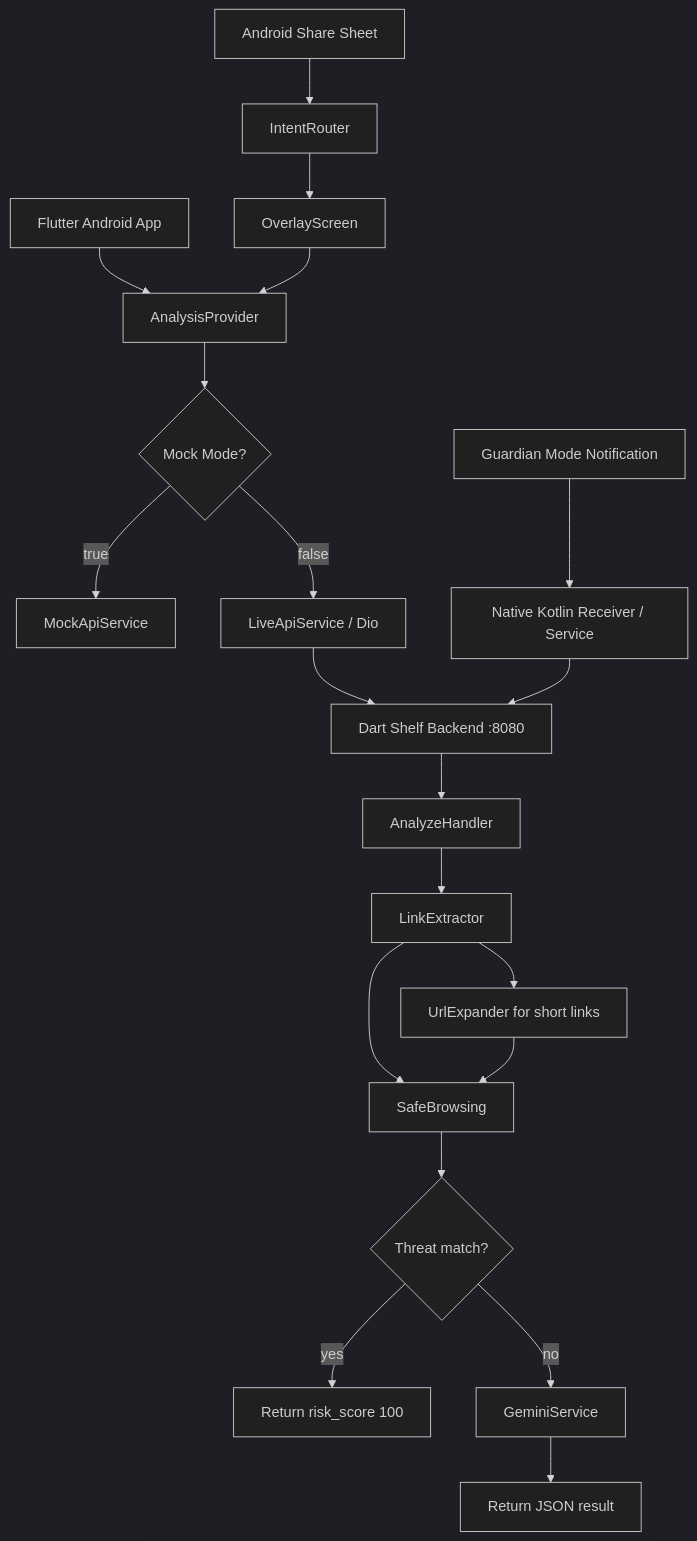
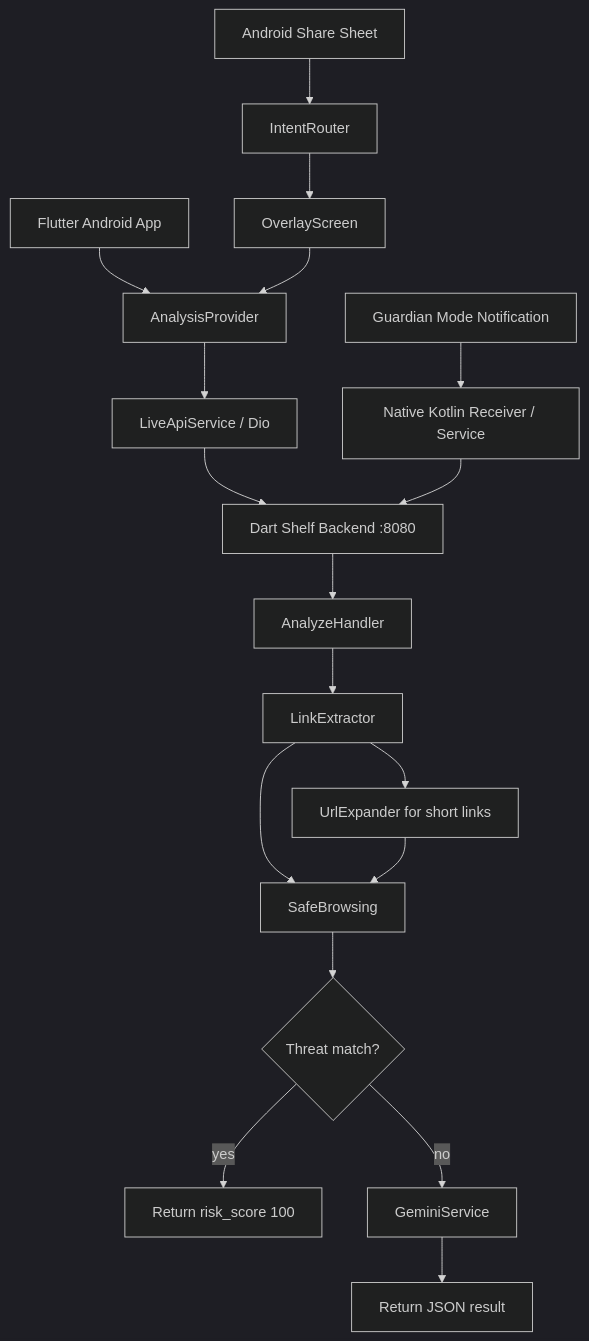
The diagram in README.md (nayzinminlwin/HackathonX-FinTech-Forward-26-by-Team-KuCuba), drawn with Mermaid (dark theme) before and after one commit. The commit also changed other lines of this file and 30 other files, not shown here.

````diff
--- a/README.md
+++ b/README.md
@@ -118,25 +117,23 @@
 ```mermaid
 flowchart TD
   A["Flutter Android App"] --> B["AnalysisProvider"]
-  B --> C{"Mock Mode?"}
-  C -->|true| D["MockApiService"]
-  C -->|false| E["LiveApiService / Dio"]
-  E --> F["Dart Shelf Backend :8080"]
+  B --> C["LiveApiService / Dio"]
+  C --> F["Dart Shelf Backend :8080"]
 
   G["Android Share Sheet"] --> H["IntentRouter"]
   H --> I["OverlayScreen"]
   I --> B
 
   J["Guardian Mode Notification"] --> K["Native Kotlin Receiver / Service"]
   K --> F
 
   F --> L["AnalyzeHandler"]
   L --> M["LinkExtractor"]
   M --> N["UrlExpander for short links"]
   M --> O["SafeBrowsing"]
   N --> O
   O --> P{"Threat match?"}
   P -->|yes| Q["Return risk_score 100"]
   P -->|no| R["GeminiService"]
   R --> S["Return JSON result"]
 ```
````
